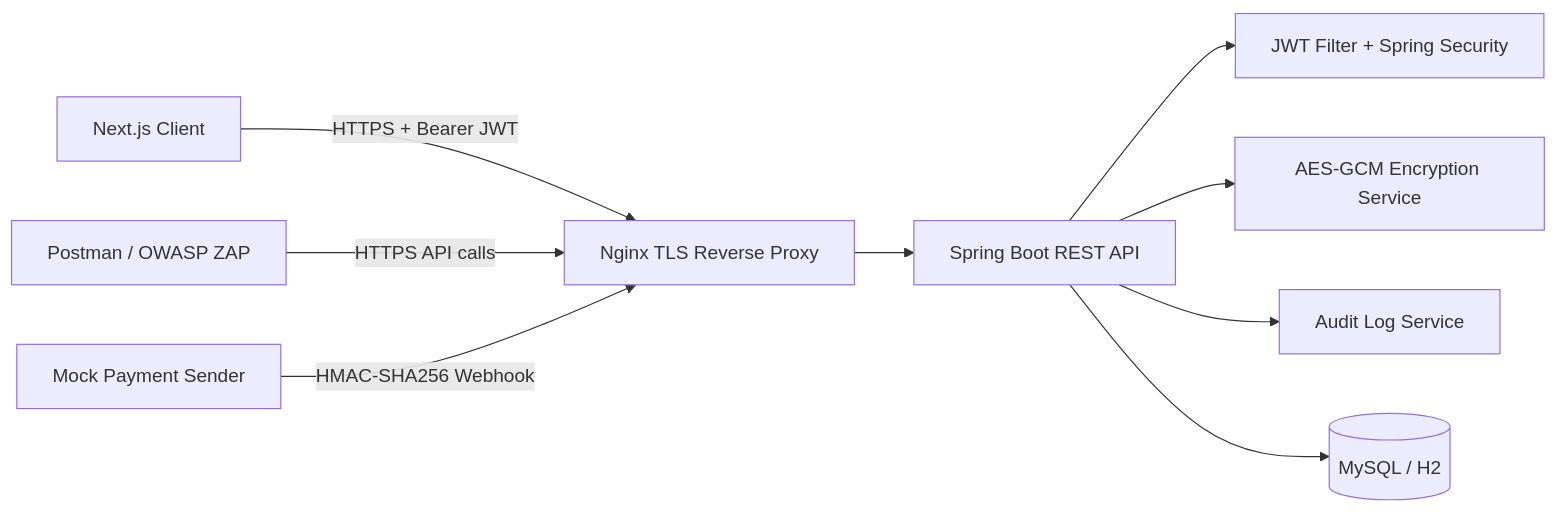
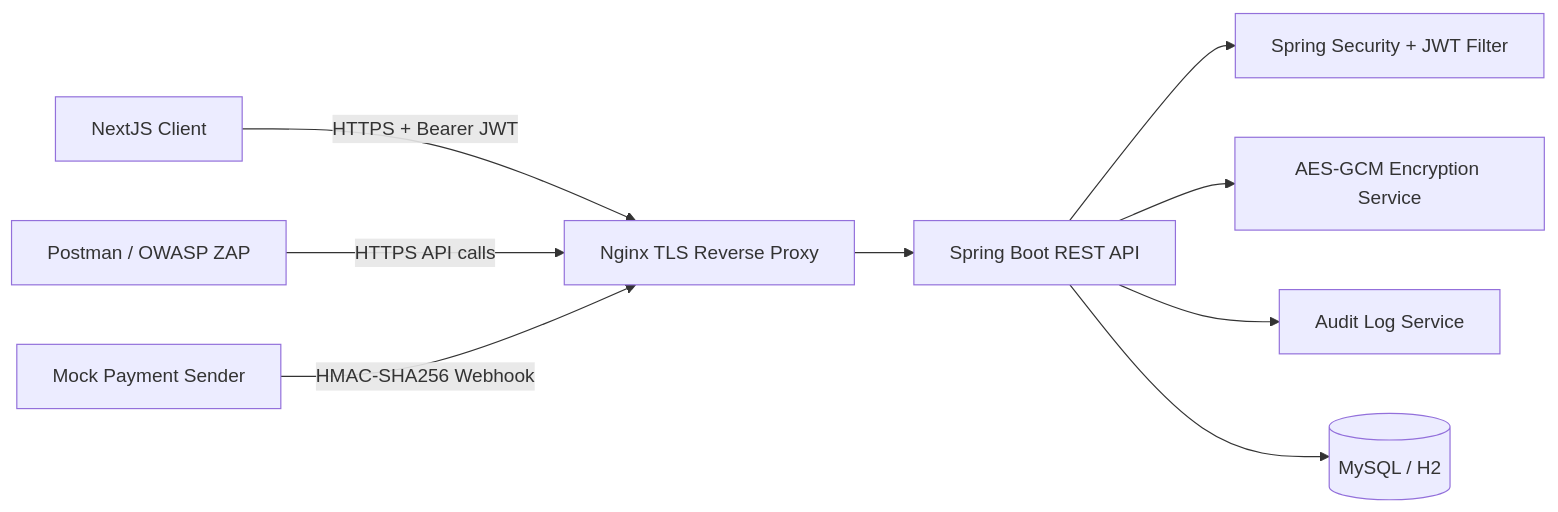
One commit to Chep-Code-lo/PROJECT_MMUD changed the diagram in README.md. Above: the diagram before and after it, drawn with Mermaid. The commit also changed other lines of this file and 10 other files, not shown here.

````diff
--- a/README.md
+++ b/README.md
@@ -28,11 +15,11 @@
 ```mermaid
 flowchart LR
-    Browser[Next.js Client] -->|HTTPS + Bearer JWT| Nginx[Nginx TLS Reverse Proxy]
+    Browser[NextJS Client] -->|HTTPS + Bearer JWT| Nginx[Nginx TLS Reverse Proxy]
     Tester[Postman / OWASP ZAP] -->|HTTPS API calls| Nginx
     Gateway[Mock Payment Sender] -->|HMAC-SHA256 Webhook| Nginx
-    Nginx --> Spring[Spring Boot REST API]
-    Spring --> Security[JWT Filter + Spring Security]
-    Spring --> Crypto[AES-GCM Encryption Service]
-    Spring --> Audit[Audit Log Service]
-    Spring --> DB[(MySQL / H2)]
+    Nginx --> Backend[Spring Boot REST API]
+    Backend --> Security[Spring Security + JWT Filter]
+    Backend --> Crypto[AES-GCM Encryption Service]
+    Backend --> Audit[Audit Log Service]
+    Backend --> DB[(MySQL / H2)]
 ```
````
